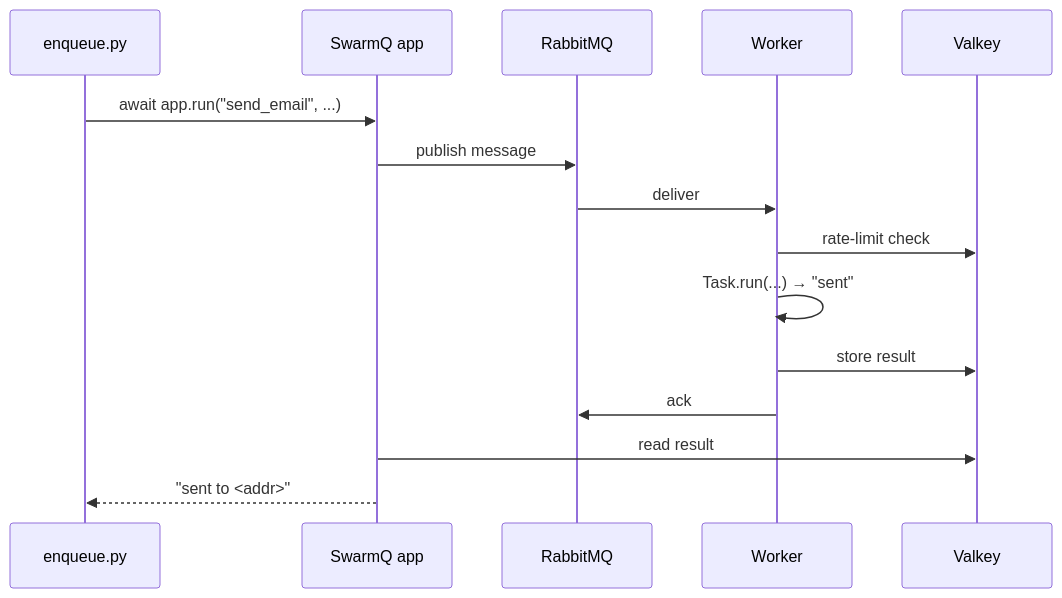
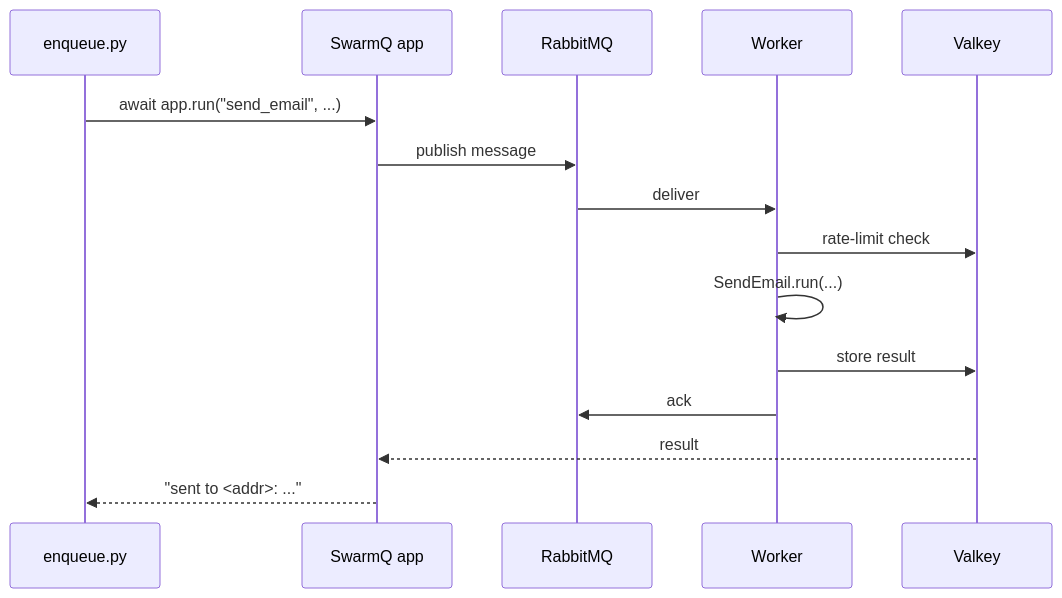
The diagram in website/tutorials/first-email-worker.md (Schorschofwill/swarmq), drawn with Mermaid before and after one commit. The commit also changed other lines of this file and 84 other files, not shown here.

````diff
--- a/website/tutorials/first-email-worker.md
+++ b/website/tutorials/first-email-worker.md
@@ -14,18 +12,18 @@
 ```mermaid
 sequenceDiagram
     participant Script as enqueue.py
     participant App as SwarmQ app
     participant MQ as RabbitMQ
     participant W as Worker
     participant V as Valkey
 
     Script->>App: await app.run("send_email", ...)
     App->>MQ: publish message
     MQ->>W: deliver
     W->>V: rate-limit check
-    W->>W: Task.run(...) → "sent"
+    W->>W: SendEmail.run(...)
     W->>V: store result
     W->>MQ: ack
-    App->>V: read result
-    App-->>Script: "sent to <addr>"
+    V-->>App: result
+    App-->>Script: "sent to <addr>: ..."
 ```
````
